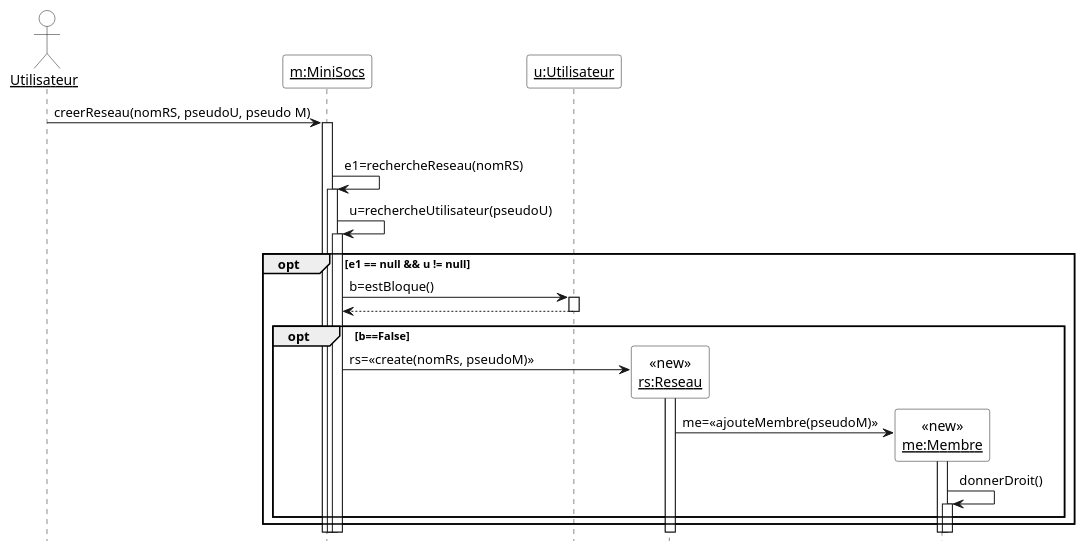
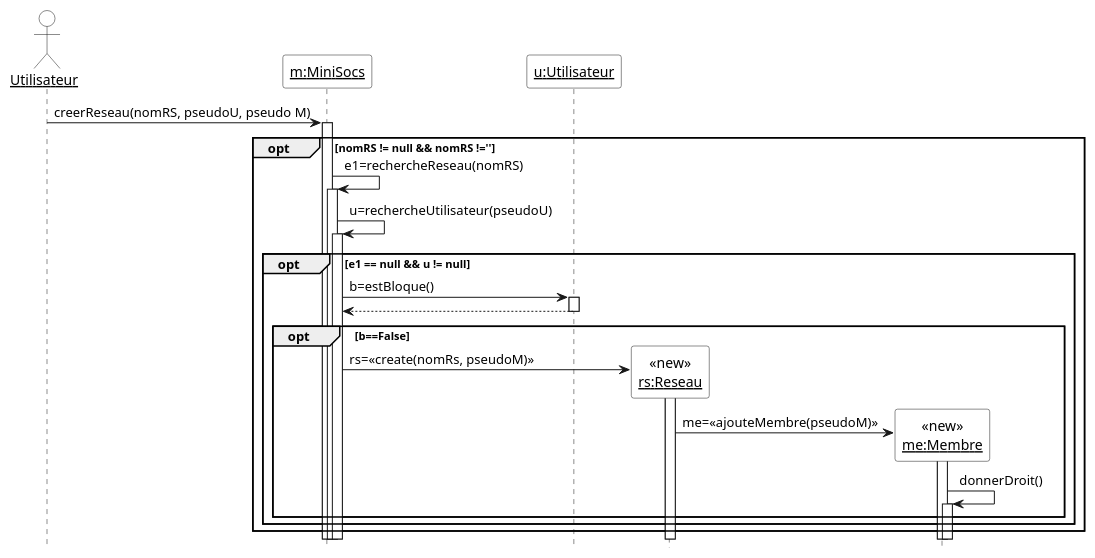
One commit to HugoKD/MiniSoc changed the diagram in Diagrammes/minisocs_uml_diag_creer_reseau.pu. Above: the diagram before and after it, drawn with PlantUML. The commit also changed 15 other files, not shown here.

```diff
--- a/Diagrammes/minisocs_uml_diag_creer_reseau.pu
+++ b/Diagrammes/minisocs_uml_diag_creer_reseau.pu
@@ -1,32 +1,33 @@
 @startuml
 
 'Diagramme de séquence (PlantUML)'
 
 'Configuration charte graphique'
 hide footbox
 skinparam sequenceParticipantBackgroundColor White
 skinparam sequenceActorBackgroundColor White
 
 'Déclaration des acteurs et des participants (déjà existants avant la séquence)'
 actor "__Utilisateur__" as user
 participant "__m:MiniSocs__" as m
 participant "__u:Utilisateur__" as u
 
 'Séquene avec les messages, les créations de participants, etc.'
 user -> m ++ : creerReseau(nomRS, pseudoU, pseudo M)
-opt nomRS,pseudoU,pseudoM non null ∧ non vide
+opt nomRS != null && nomRS !=''
 	m-> m++ : e1=rechercheReseau(nomRS)
 	m -> m ++ : u=rechercheUtilisateur(pseudoU)
 	opt e1 == null && u != null
 		m -> u ++ : b=estBloque()
 		return
 		opt b==False
     		create "<<new>>\n__rs:Reseau__" as rs
     		m -> "__rs:Reseau__" as rs ++ : rs=<<create(nomRs, pseudoM)>>
     		create  "<<new>>\n__me:Membre__" as me
     		rs -> "__me:Membre__" as me ++ : me=<<ajouteMembre(pseudoM)>>
     		me -> me ++ : donnerDroit()
   end
 end
+end
 
 @enduml
```
